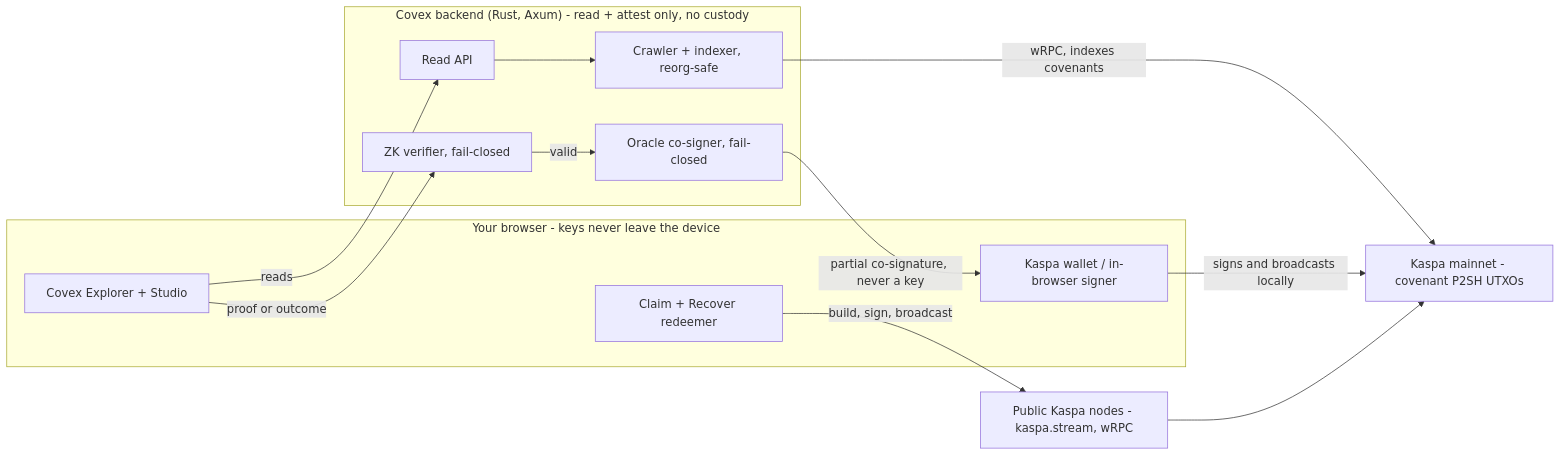
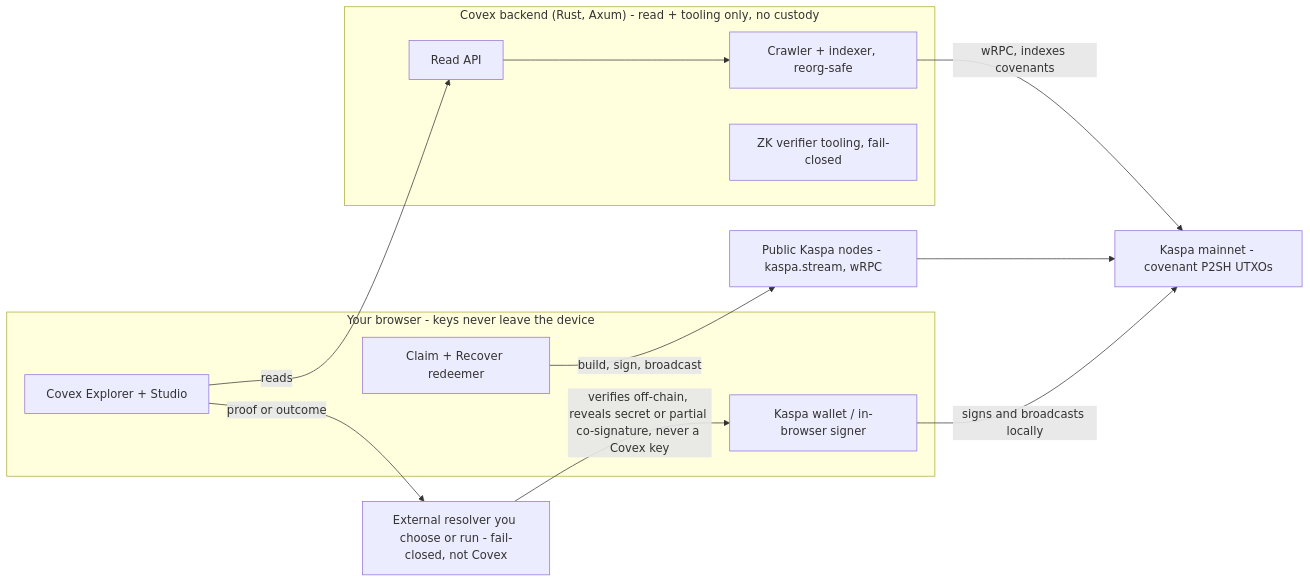
Before and after one commit to THTProtocol/Covex27: the first of 5 diagrams in README.md, drawn with Mermaid. The commit also changed other lines of this file and 14 other files, not shown here.

````diff
--- a/README.md
+++ b/README.md
@@ -153,26 +153,25 @@
 ```mermaid
 flowchart LR
   subgraph BR["Your browser - keys never leave the device"]
     WAL["Kaspa wallet / in-browser signer"]
     EXP["Covex Explorer + Studio"]
     RDM["Claim + Recover redeemer"]
   end
-  subgraph CX["Covex backend (Rust, Axum) - read + attest only, no custody"]
+  subgraph CX["Covex backend (Rust, Axum) - read + tooling only, no custody"]
     CRW["Crawler + indexer, reorg-safe"]
-    ZKV["ZK verifier, fail-closed"]
-    ORC["Oracle co-signer, fail-closed"]
+    ZKV["ZK verifier tooling, fail-closed"]
     API["Read API"]
   end
+  RES["External resolver you choose or run - fail-closed, not Covex"]
   MAIN["Kaspa mainnet - covenant P2SH UTXOs"]
   PUB["Public Kaspa nodes - kaspa.stream, wRPC"]
 
   WAL -->|signs and broadcasts locally| MAIN
   EXP -->|reads| API
   API --> CRW
   CRW -->|wRPC, indexes covenants| MAIN
-  EXP -->|proof or outcome| ZKV
-  ZKV -->|valid| ORC
-  ORC -->|partial co-signature, never a key| WAL
+  EXP -->|proof or outcome| RES
+  RES -->|verifies off-chain, reveals secret or partial co-signature, never a Covex key| WAL
   RDM -->|build, sign, broadcast| PUB
   PUB --> MAIN
 ```
````
